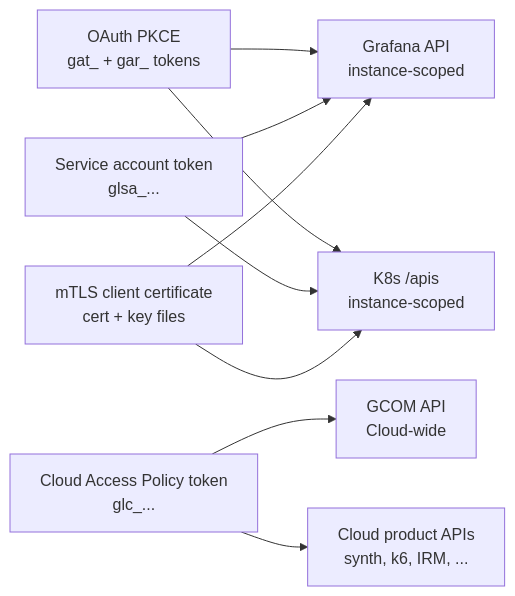
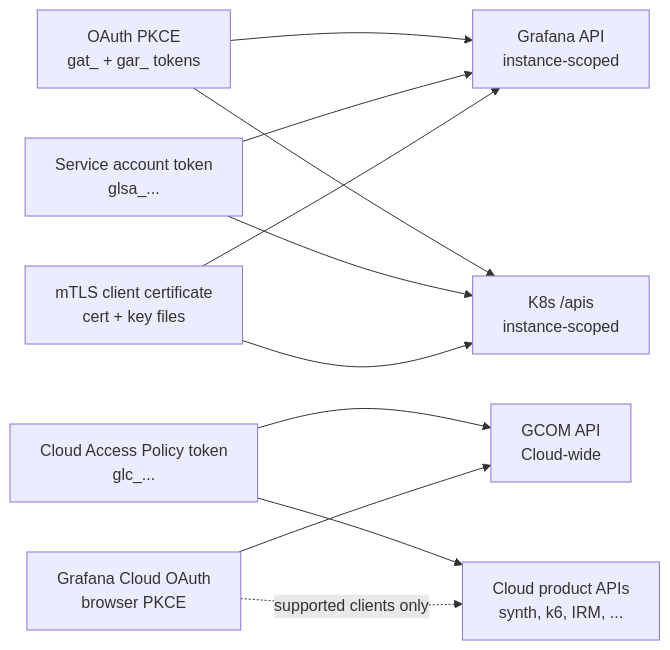
Before and after one commit to grafana/gcx: the first of 3 diagrams in docs/architecture/auth-system.md, drawn with Mermaid. The commit also changed other lines of this file and 81 other files, not shown here.

````diff
--- a/docs/architecture/auth-system.md
+++ b/docs/architecture/auth-system.md
@@ -14,21 +14,24 @@
 ```mermaid
 graph LR
     OAuth[OAuth PKCE<br/>gat_ + gar_ tokens]
     SA[Service account token<br/>glsa_...]
     mTLS[mTLS client certificate<br/>cert + key files]
     CAP[Cloud Access Policy token<br/>glc_...]
+    GCOMOAuth[Grafana Cloud OAuth<br/>browser PKCE]
 
     GrafanaAPI[Grafana API<br/>instance-scoped]
     K8sAPI[K8s /apis<br/>instance-scoped]
     GCOM[GCOM API<br/>Cloud-wide]
     CloudProd[Cloud product APIs<br/>synth, k6, IRM, ...]
 
     OAuth --> GrafanaAPI
     OAuth --> K8sAPI
     SA --> GrafanaAPI
     SA --> K8sAPI
     mTLS --> GrafanaAPI
     mTLS --> K8sAPI
     CAP --> GCOM
     CAP --> CloudProd
+    GCOMOAuth --> GCOM
+    GCOMOAuth -. supported clients only .-> CloudProd
 ```
````
